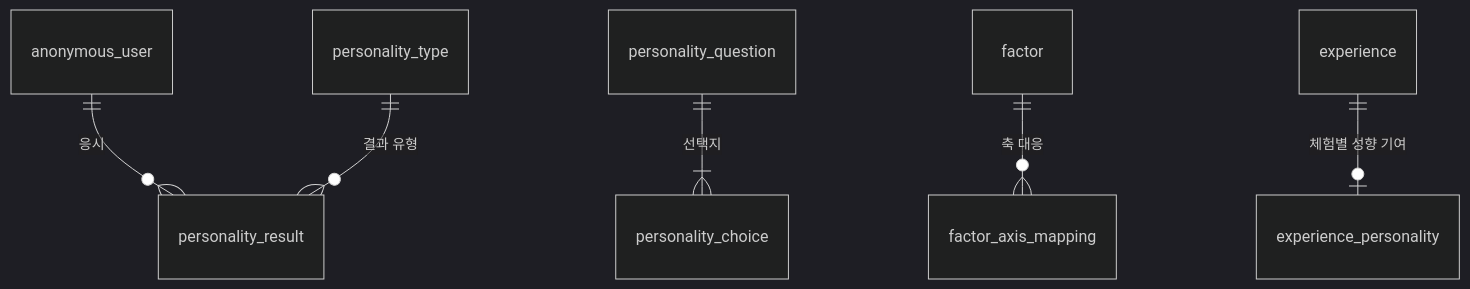
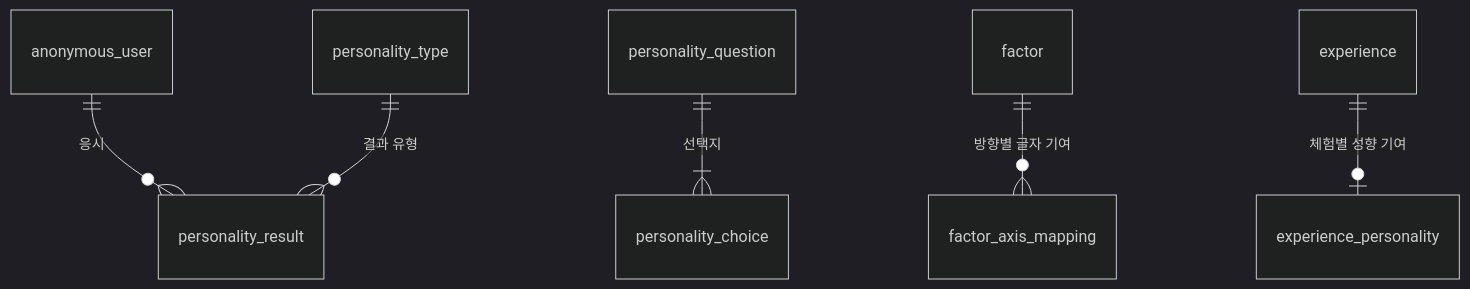
Before and after one commit to prgrms-aibe-devcourse/AIBE7_FinalProject_Team2: the second of 2 diagrams in docs/erd.md, drawn with Mermaid (dark theme). The commit also changed other lines of this file, not shown here.

Commit message:
fix : COMMON-20 코드 리뷰 반영 (ERD 8장 성향 테스트 제안이 BE-47 factor.value_axis와 중복되지 않도록 조정)

````diff
--- a/docs/erd.md
+++ b/docs/erd.md
@@ -638,8 +640,8 @@
 ```mermaid
 erDiagram
     anonymous_user ||--o{ personality_result : "응시"
     personality_type ||--o{ personality_result : "결과 유형"
     personality_question ||--|{ personality_choice : "선택지"
-    factor ||--o{ factor_axis_mapping : "축 대응"
+    factor ||--o{ factor_axis_mapping : "방향별 글자 기여"
     experience ||--o| experience_personality : "체험별 성향 기여"
 ```
````
